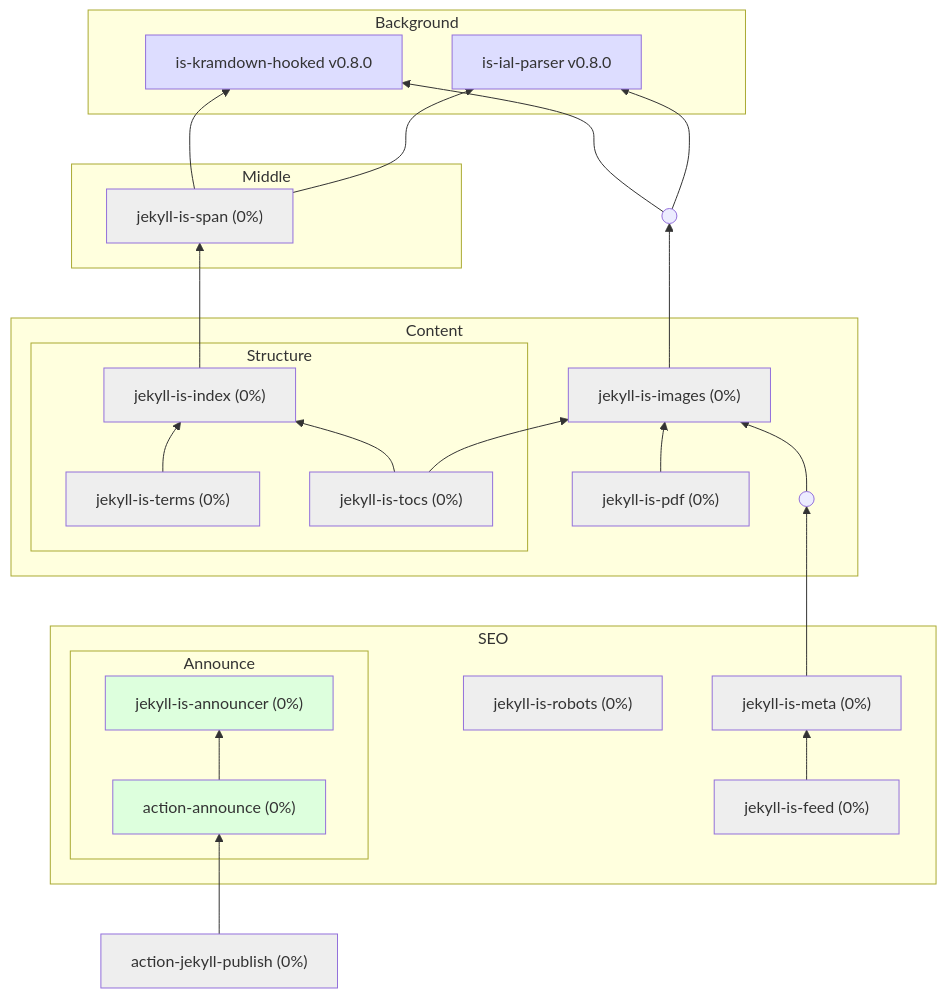
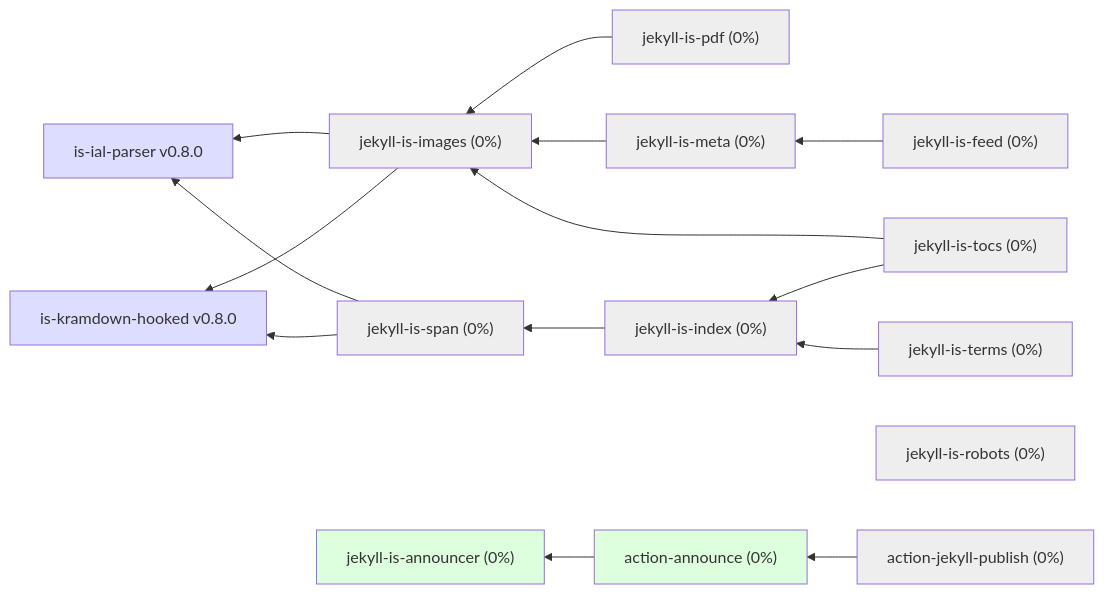
The diagram in profile/README.md (jekyll-is/.github), drawn with Mermaid before and after one commit.

````diff
--- a/profile/README.md
+++ b/profile/README.md
@@ -7,11 +7,9 @@
 ```mermaid
-graph BT
+graph RL
   ial["is-ial-parser v0.8.0"]
   kramdown["is-kramdown-hooked v0.8.0"]
-  n1(( )) --> ial
-  n1 --> kramdown
-  images["jekyll-is-images (0%)"] --> n1
-  n3(( )) --> images
+  images["jekyll-is-images (0%)"] --> ial
+  images --> kramdown
   pdf["jekyll-is-pdf (0%)"] --> images
   span["jekyll-is-span (0%)"] --> ial
   span --> kramdown
@@ -19,46 +17,12 @@
   abbr["jekyll-is-terms (0%)"] --> index
   tocs["jekyll-is-tocs (0%)"] --> images
   tocs --> index
-  meta["jekyll-is-meta (0%)"] --> n3
+  meta["jekyll-is-meta (0%)"] --> images
   feed["jekyll-is-feed (0%)"] --> meta
   robots["jekyll-is-robots (0%)"]
   announcer["jekyll-is-announcer (0%)"]
   act-announce["action-announce (0%)"] --> announcer
   publish["action-jekyll-publish (0%)"] --> act-announce
-
-  subgraph core [Background]
-    ial
-    kramdown
-  end
-
-  subgraph middle [Middle]
-    span
-  end
-
-  subgraph content [Content]
-    subgraph struct [Structure]
-      index
-      abbr
-      tocs
-    end
-    images
-    pdf
-    n3
-  end
-
-  subgraph seo [SEO]
-
-    meta
-    feed
-    robots
-
-    subgraph announce [Announce]
-      announcer
-      act-announce
-    end
-
-  end
-
 
 click ial "https://github.com/jekyll-is/is-ial-parser"
 click kramdown "https://github.com/jekyll-is/is-kramdown-hooked"
````
